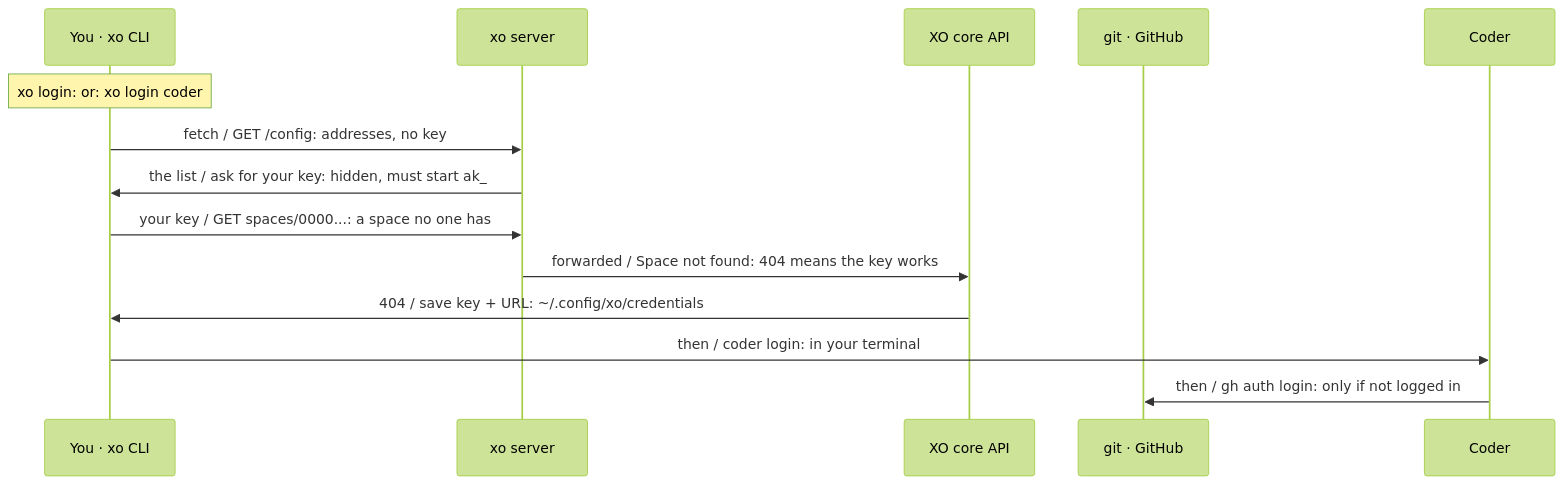
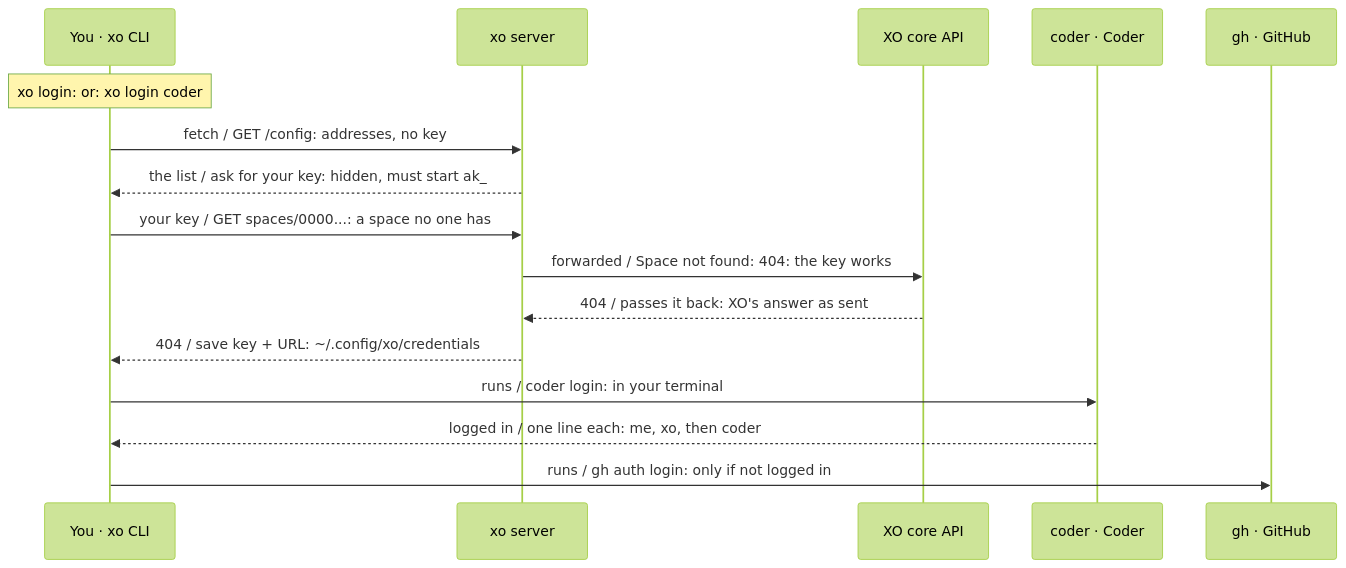
One commit to quirq-ai/xo changed the third of 32 diagrams in docs/architecture.md. Above: the diagram before and after it, drawn with Mermaid (forest theme). The commit also changed other lines of this file and 10 other files, not shown here.

First line of the commit message:
xo create and architecture: audit fixes on top of #35 and #36

````diff
--- a/docs/architecture.md
+++ b/docs/architecture.md
@@ -106,16 +114,18 @@
 ```mermaid
 sequenceDiagram
   participant Cli as You · xo CLI
   participant Srv as xo server
   participant Xo as XO core API
-  participant Git as git · GitHub
-  participant Coder as Coder
+  participant Coder as coder · Coder
+  participant Gh as gh · GitHub
   Note over Cli: xo login: or: xo login coder
   Cli->>Srv: fetch / GET /config: addresses, no key
-  Srv->>Cli: the list / ask for your key: hidden, must start ak_
+  Srv-->>Cli: the list / ask for your key: hidden, must start ak_
   Cli->>Srv: your key / GET spaces/0000...: a space no one has
-  Srv->>Xo: forwarded / Space not found: 404 means the key works
-  Xo->>Cli: 404 / save key + URL: ~/.config/xo/credentials
-  Cli->>Coder: then / coder login: in your terminal
-  Coder->>Git: then / gh auth login: only if not logged in
+  Srv->>Xo: forwarded / Space not found: 404: the key works
+  Xo-->>Srv: 404 / passes it back: XO's answer as sent
+  Srv-->>Cli: 404 / save key + URL: ~/.config/xo/credentials
+  Cli->>Coder: runs / coder login: in your terminal
+  Coder-->>Cli: logged in / one line each: me, xo, then coder
+  Cli->>Gh: runs / gh auth login: only if not logged in
 ```
````
